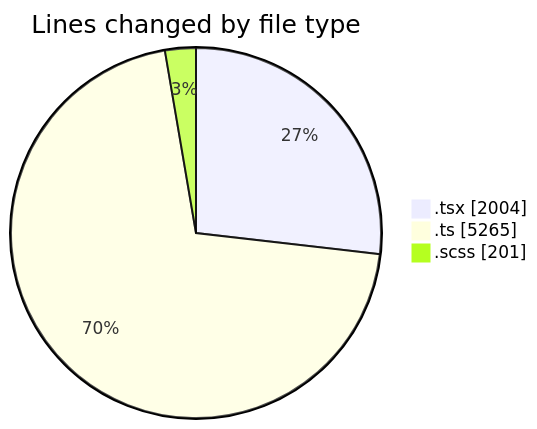
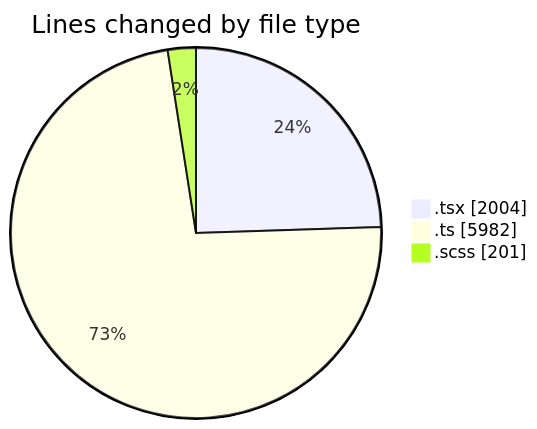
The first of 2 diagrams in 2026-10-14/cda/README.md (momahboobian/code-tracking), drawn with Mermaid before and after one commit. The commit also changed other lines of this file and 1 other file, not shown here.

````diff
--- a/2026-10-14/cda/README.md
+++ b/2026-10-14/cda/README.md
@@ -34,7 +35,7 @@
 ```mermaid
 pie showData
 title Lines changed by file type
 ".tsx" : 2004
-".ts" : 5265
+".ts" : 5982
 ".scss" : 201
 ```
````
